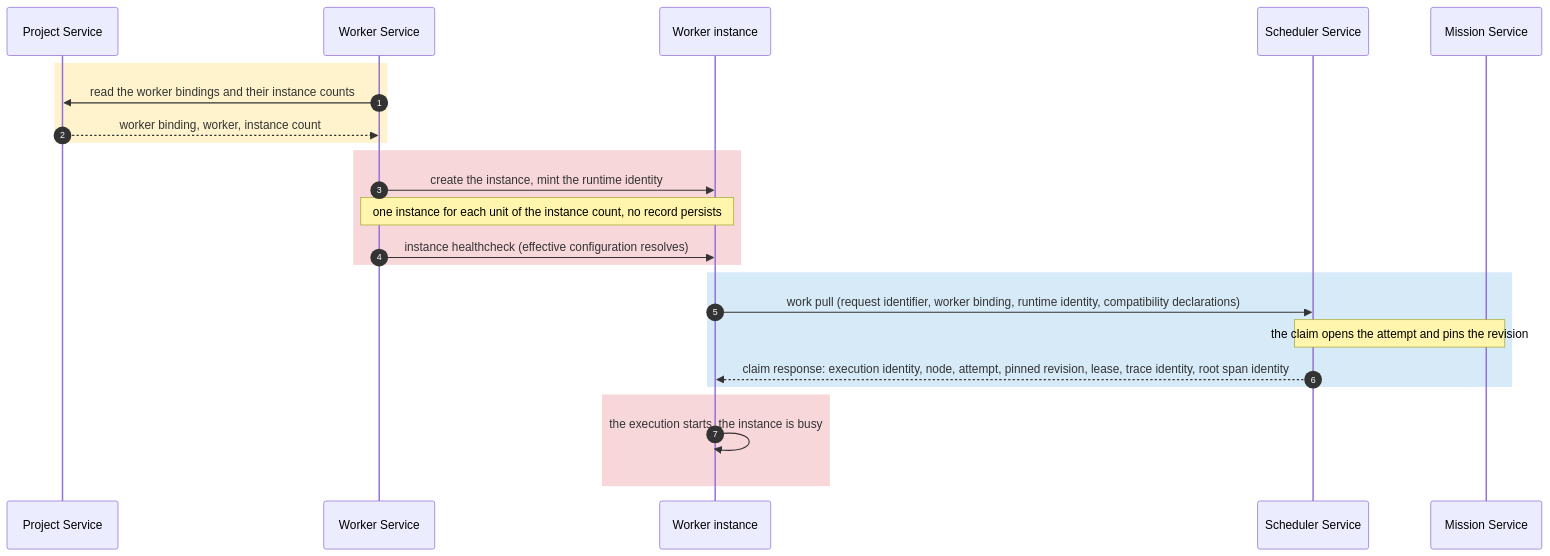
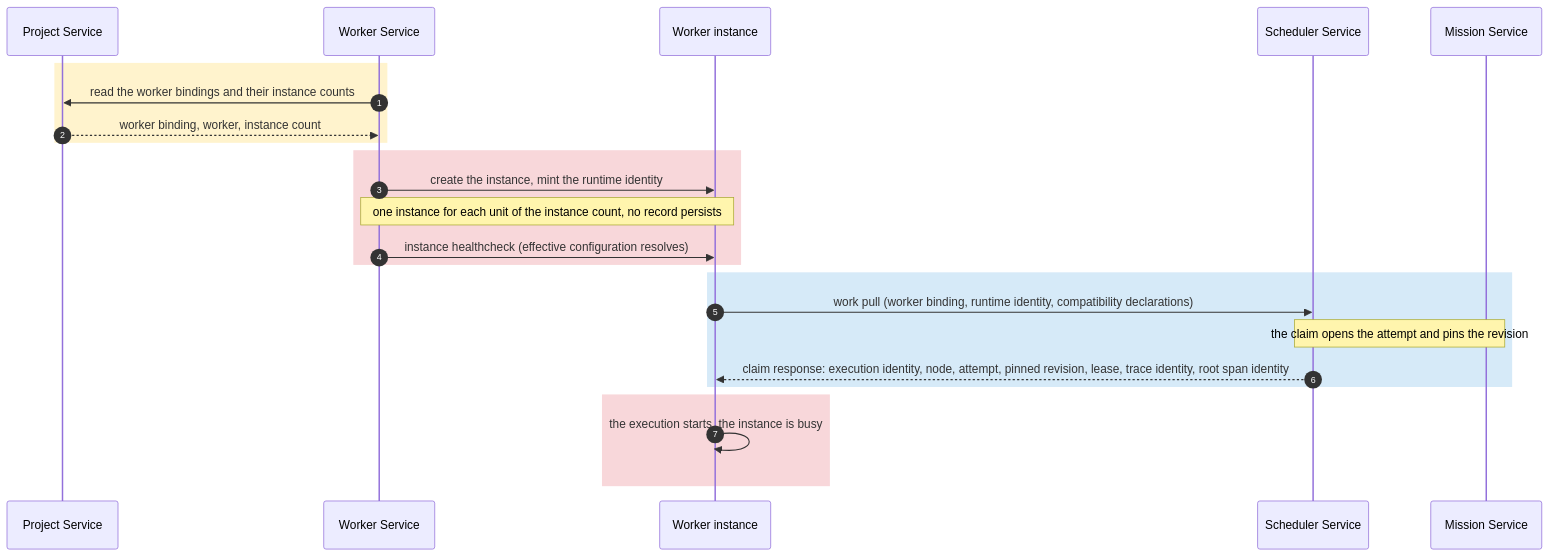
One commit to kanthorlabs/kanthord changed the first of 8 diagrams in docs/brainstorm/worker-service.md. Above: the diagram before and after it, drawn with Mermaid. The commit also changed 5 other files, not shown here.

Commit message:
docs: make the work pull idempotent by the runtime identity

````diff
--- a/docs/brainstorm/worker-service.md
+++ b/docs/brainstorm/worker-service.md
@@ -226,27 +226,27 @@
 ```mermaid
 sequenceDiagram
     autonumber
     participant P as Project Service
     participant W as Worker Service
     participant I as Worker instance
     participant S as Scheduler Service
     participant M as Mission Service
 
     rect rgb(255, 243, 205)
         W->>P: read the worker bindings and their instance counts
         P-->>W: worker binding, worker, instance count
     end
     rect rgb(248, 215, 218)
         W->>I: create the instance, mint the runtime identity
         Note over W,I: one instance for each unit of the instance count, no record persists
         W->>I: instance healthcheck (effective configuration resolves)
     end
     rect rgb(214, 234, 248)
-        I->>S: work pull (request identifier, worker binding, runtime identity, compatibility declarations)
+        I->>S: work pull (worker binding, runtime identity, compatibility declarations)
         Note over S,M: the claim opens the attempt and pins the revision
         S-->>I: claim response: execution identity, node, attempt, pinned revision, lease, trace identity, root span identity
     end
     rect rgb(248, 215, 218)
         I->>I: the execution starts, the instance is busy
     end
 ```
````
